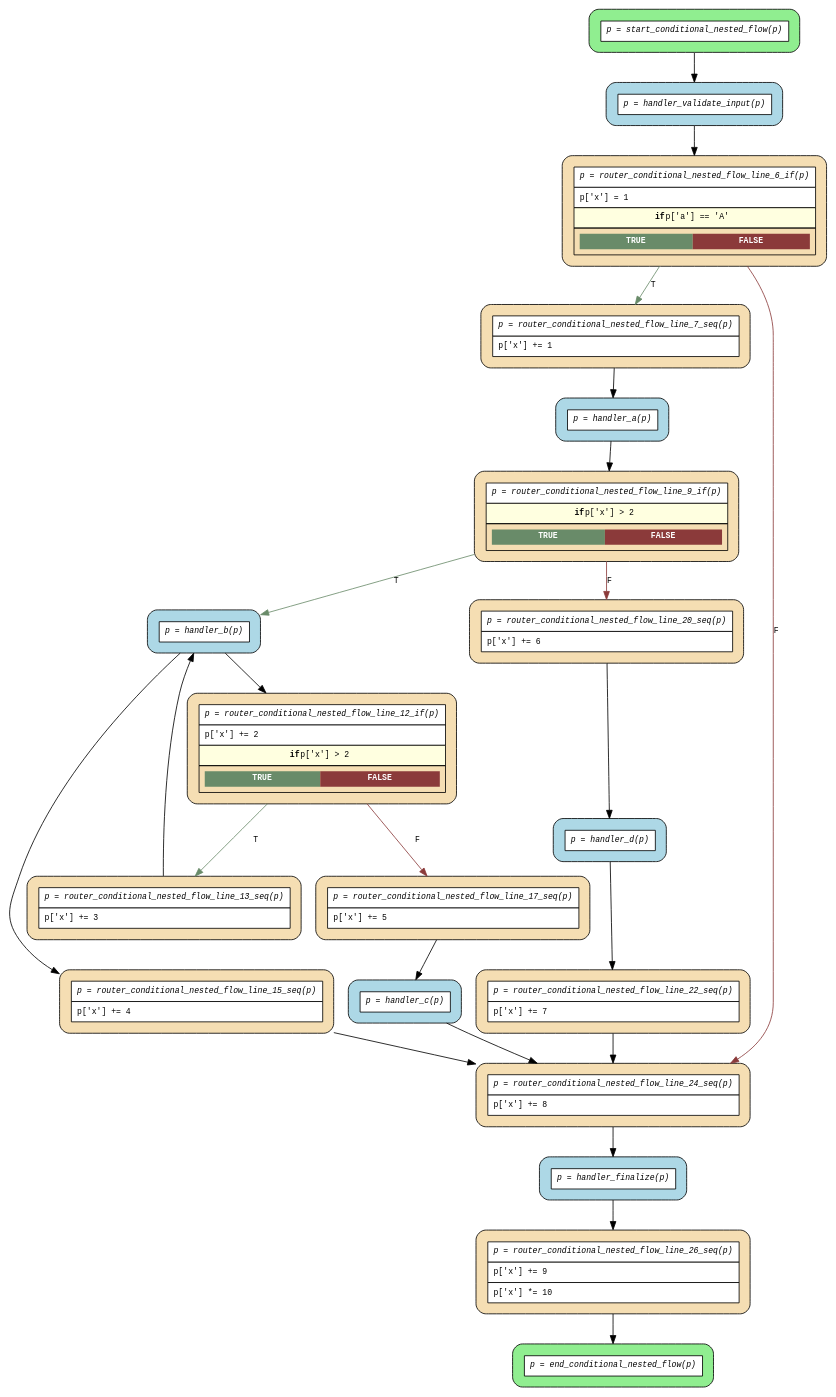
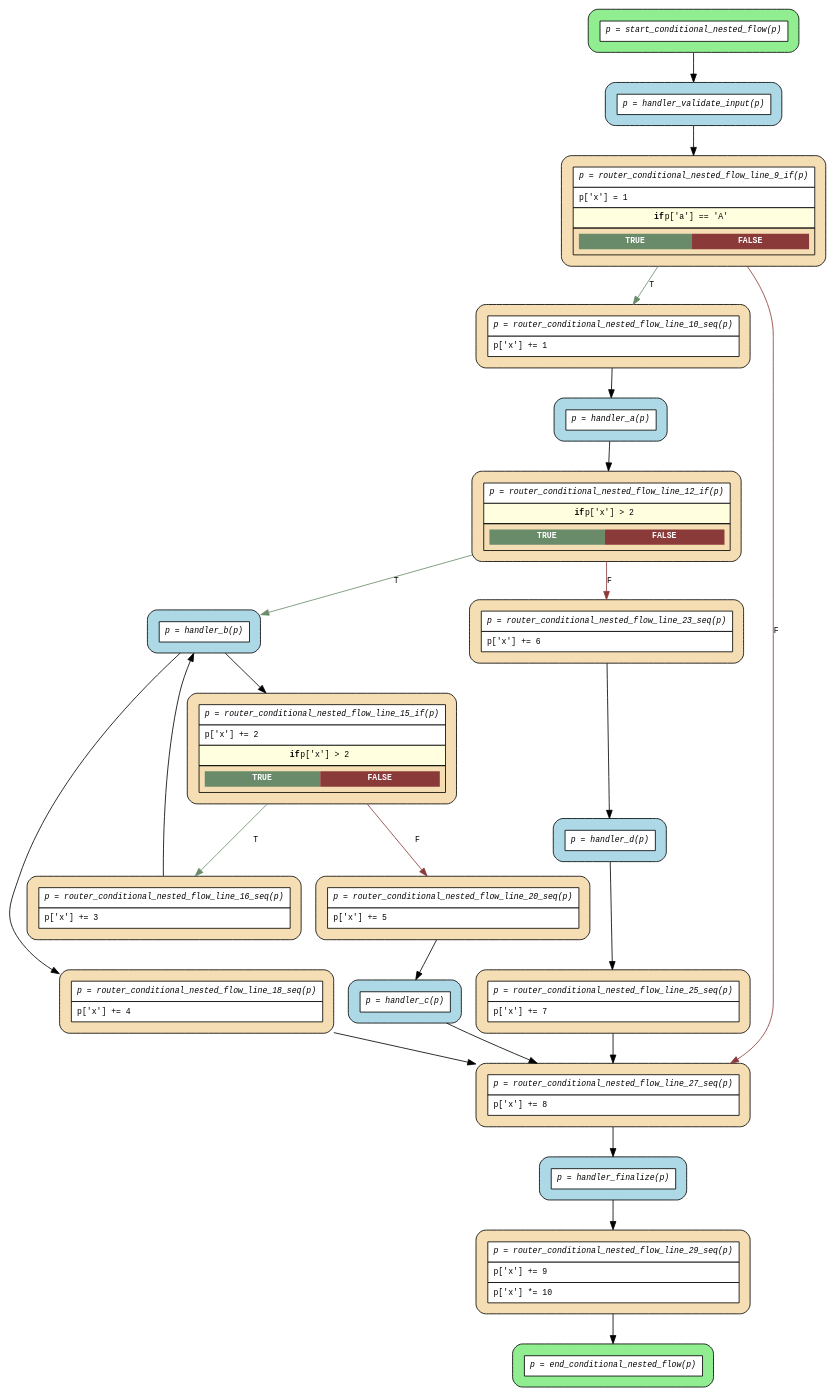
The diagram in examples/flows/compiled/if_nested/flow.dot (deliveryhero/asya), drawn with Graphviz before and after one commit. The commit also changed 252 other files, not shown here.

First line of the commit message:
fix(flow): add @flow decorator requirement to flow entry points

```diff
--- a/examples/flows/compiled/if_nested/flow.dot
+++ b/examples/flows/compiled/if_nested/flow.dot
@@ -5,17 +5,17 @@
   edge [fontname="Courier", fontsize=10];
 
   start_conditional_nested_flow [fillcolor="lightgreen", group="main", label=<<table border="0" cellspacing="0" cellpadding="6" cellborder="1"><tr><td bgcolor="white" align="center"><i>p = start_conditional_nested_flow(p)</i></td></tr></table>>];
-  router_conditional_nested_flow_line_15_seq [fillcolor="wheat", group="main", label=<<table border="0" cellspacing="0" cellpadding="6" cellborder="1"><tr><td bgcolor="white" align="center"><i>p = router_conditional_nested_flow_line_15_seq(p)</i></td></tr><tr><td bgcolor="white" align="left">p['x'] += 4</td></tr></table>>];
-  router_conditional_nested_flow_line_13_seq [fillcolor="wheat", group="main", label=<<table border="0" cellspacing="0" cellpadding="6" cellborder="1"><tr><td bgcolor="white" align="center"><i>p = router_conditional_nested_flow_line_13_seq(p)</i></td></tr><tr><td bgcolor="white" align="left">p['x'] += 3</td></tr></table>>];
-  router_conditional_nested_flow_line_17_seq [fillcolor="wheat", group="main", label=<<table border="0" cellspacing="0" cellpadding="6" cellborder="1"><tr><td bgcolor="white" align="center"><i>p = router_conditional_nested_flow_line_17_seq(p)</i></td></tr><tr><td bgcolor="white" align="left">p['x'] += 5</td></tr></table>>];
-  router_conditional_nested_flow_line_12_if [fillcolor="wheat", group="main", label=<<table border="0" cellspacing="0" cellpadding="6" cellborder="1"><tr><td bgcolor="white" align="center"><i>p = router_conditional_nested_flow_line_12_if(p)</i></td></tr><tr><td bgcolor="white" align="left">p['x'] += 2</td></tr><tr><td bgcolor="lightyellow"><b>if</b> p['x'] &gt; 2</td></tr><tr><td><table border="0" cellspacing="0" cellpadding="4"><tr><td bgcolor="darkseagreen4"><font color="white"><b>TRUE</b></font></td><td bgcolor="indianred4"><font color="white"><b>FALSE</b></font></td></tr></table></td></tr></table>>];
-  router_conditional_nested_flow_line_22_seq [fillcolor="wheat", group="main", label=<<table border="0" cellspacing="0" cellpadding="6" cellborder="1"><tr><td bgcolor="white" align="center"><i>p = router_conditional_nested_flow_line_22_seq(p)</i></td></tr><tr><td bgcolor="white" align="left">p['x'] += 7</td></tr></table>>];
-  router_conditional_nested_flow_line_20_seq [fillcolor="wheat", group="main", label=<<table border="0" cellspacing="0" cellpadding="6" cellborder="1"><tr><td bgcolor="white" align="center"><i>p = router_conditional_nested_flow_line_20_seq(p)</i></td></tr><tr><td bgcolor="white" align="left">p['x'] += 6</td></tr></table>>];
-  router_conditional_nested_flow_line_9_if [fillcolor="wheat", group="main", label=<<table border="0" cellspacing="0" cellpadding="6" cellborder="1"><tr><td bgcolor="white" align="center"><i>p = router_conditional_nested_flow_line_9_if(p)</i></td></tr><tr><td bgcolor="lightyellow"><b>if</b> p['x'] &gt; 2</td></tr><tr><td><table border="0" cellspacing="0" cellpadding="4"><tr><td bgcolor="darkseagreen4"><font color="white"><b>TRUE</b></font></td><td bgcolor="indianred4"><font color="white"><b>FALSE</b></font></td></tr></table></td></tr></table>>];
-  router_conditional_nested_flow_line_7_seq [fillcolor="wheat", group="main", label=<<table border="0" cellspacing="0" cellpadding="6" cellborder="1"><tr><td bgcolor="white" align="center"><i>p = router_conditional_nested_flow_line_7_seq(p)</i></td></tr><tr><td bgcolor="white" align="left">p['x'] += 1</td></tr></table>>];
-  router_conditional_nested_flow_line_26_seq [fillcolor="wheat", group="main", label=<<table border="0" cellspacing="0" cellpadding="6" cellborder="1"><tr><td bgcolor="white" align="center"><i>p = router_conditional_nested_flow_line_26_seq(p)</i></td></tr><tr><td bgcolor="white" align="left">p['x'] += 9</td></tr><tr><td bgcolor="white" align="left">p['x'] *= 10</td></tr></table>>];
-  router_conditional_nested_flow_line_24_seq [fillcolor="wheat", group="main", label=<<table border="0" cellspacing="0" cellpadding="6" cellborder="1"><tr><td bgcolor="white" align="center"><i>p = router_conditional_nested_flow_line_24_seq(p)</i></td></tr><tr><td bgcolor="white" align="left">p['x'] += 8</td></tr></table>>];
-  router_conditional_nested_flow_line_6_if [fillcolor="wheat", group="main", label=<<table border="0" cellspacing="0" cellpadding="6" cellborder="1"><tr><td bgcolor="white" align="center"><i>p = router_conditional_nested_flow_line_6_if(p)</i></td></tr><tr><td bgcolor="white" align="left">p['x'] = 1</td></tr><tr><td bgcolor="lightyellow"><b>if</b> p['a'] == 'A'</td></tr><tr><td><table border="0" cellspacing="0" cellpadding="4"><tr><td bgcolor="darkseagreen4"><font color="white"><b>TRUE</b></font></td><td bgcolor="indianred4"><font color="white"><b>FALSE</b></font></td></tr></table></td></tr></table>>];
+  router_conditional_nested_flow_line_18_seq [fillcolor="wheat", group="main", label=<<table border="0" cellspacing="0" cellpadding="6" cellborder="1"><tr><td bgcolor="white" align="center"><i>p = router_conditional_nested_flow_line_18_seq(p)</i></td></tr><tr><td bgcolor="white" align="left">p['x'] += 4</td></tr></table>>];
+  router_conditional_nested_flow_line_16_seq [fillcolor="wheat", group="main", label=<<table border="0" cellspacing="0" cellpadding="6" cellborder="1"><tr><td bgcolor="white" align="center"><i>p = router_conditional_nested_flow_line_16_seq(p)</i></td></tr><tr><td bgcolor="white" align="left">p['x'] += 3</td></tr></table>>];
+  router_conditional_nested_flow_line_20_seq [fillcolor="wheat", group="main", label=<<table border="0" cellspacing="0" cellpadding="6" cellborder="1"><tr><td bgcolor="white" align="center"><i>p = router_conditional_nested_flow_line_20_seq(p)</i></td></tr><tr><td bgcolor="white" align="left">p['x'] += 5</td></tr></table>>];
+  router_conditional_nested_flow_line_15_if [fillcolor="wheat", group="main", label=<<table border="0" cellspacing="0" cellpadding="6" cellborder="1"><tr><td bgcolor="white" align="center"><i>p = router_conditional_nested_flow_line_15_if(p)</i></td></tr><tr><td bgcolor="white" align="left">p['x'] += 2</td></tr><tr><td bgcolor="lightyellow"><b>if</b> p['x'] &gt; 2</td></tr><tr><td><table border="0" cellspacing="0" cellpadding="4"><tr><td bgcolor="darkseagreen4"><font color="white"><b>TRUE</b></font></td><td bgcolor="indianred4"><font color="white"><b>FALSE</b></font></td></tr></table></td></tr></table>>];
+  router_conditional_nested_flow_line_25_seq [fillcolor="wheat", group="main", label=<<table border="0" cellspacing="0" cellpadding="6" cellborder="1"><tr><td bgcolor="white" align="center"><i>p = router_conditional_nested_flow_line_25_seq(p)</i></td></tr><tr><td bgcolor="white" align="left">p['x'] += 7</td></tr></table>>];
+  router_conditional_nested_flow_line_23_seq [fillcolor="wheat", group="main", label=<<table border="0" cellspacing="0" cellpadding="6" cellborder="1"><tr><td bgcolor="white" align="center"><i>p = router_conditional_nested_flow_line_23_seq(p)</i></td></tr><tr><td bgcolor="white" align="left">p['x'] += 6</td></tr></table>>];
+  router_conditional_nested_flow_line_12_if [fillcolor="wheat", group="main", label=<<table border="0" cellspacing="0" cellpadding="6" cellborder="1"><tr><td bgcolor="white" align="center"><i>p = router_conditional_nested_flow_line_12_if(p)</i></td></tr><tr><td bgcolor="lightyellow"><b>if</b> p['x'] &gt; 2</td></tr><tr><td><table border="0" cellspacing="0" cellpadding="4"><tr><td bgcolor="darkseagreen4"><font color="white"><b>TRUE</b></font></td><td bgcolor="indianred4"><font color="white"><b>FALSE</b></font></td></tr></table></td></tr></table>>];
+  router_conditional_nested_flow_line_10_seq [fillcolor="wheat", group="main", label=<<table border="0" cellspacing="0" cellpadding="6" cellborder="1"><tr><td bgcolor="white" align="center"><i>p = router_conditional_nested_flow_line_10_seq(p)</i></td></tr><tr><td bgcolor="white" align="left">p['x'] += 1</td></tr></table>>];
+  router_conditional_nested_flow_line_29_seq [fillcolor="wheat", group="main", label=<<table border="0" cellspacing="0" cellpadding="6" cellborder="1"><tr><td bgcolor="white" align="center"><i>p = router_conditional_nested_flow_line_29_seq(p)</i></td></tr><tr><td bgcolor="white" align="left">p['x'] += 9</td></tr><tr><td bgcolor="white" align="left">p['x'] *= 10</td></tr></table>>];
+  router_conditional_nested_flow_line_27_seq [fillcolor="wheat", group="main", label=<<table border="0" cellspacing="0" cellpadding="6" cellborder="1"><tr><td bgcolor="white" align="center"><i>p = router_conditional_nested_flow_line_27_seq(p)</i></td></tr><tr><td bgcolor="white" align="left">p['x'] += 8</td></tr></table>>];
+  router_conditional_nested_flow_line_9_if [fillcolor="wheat", group="main", label=<<table border="0" cellspacing="0" cellpadding="6" cellborder="1"><tr><td bgcolor="white" align="center"><i>p = router_conditional_nested_flow_line_9_if(p)</i></td></tr><tr><td bgcolor="white" align="left">p['x'] = 1</td></tr><tr><td bgcolor="lightyellow"><b>if</b> p['a'] == 'A'</td></tr><tr><td><table border="0" cellspacing="0" cellpadding="4"><tr><td bgcolor="darkseagreen4"><font color="white"><b>TRUE</b></font></td><td bgcolor="indianred4"><font color="white"><b>FALSE</b></font></td></tr></table></td></tr></table>>];
   end_conditional_nested_flow [fillcolor="lightgreen", group="main", label=<<table border="0" cellspacing="0" cellpadding="6" cellborder="1"><tr><td bgcolor="white" align="center"><i>p = end_conditional_nested_flow(p)</i></td></tr></table>>];
   handler_a [fillcolor="lightblue", label=<<table border="0" cellspacing="0" cellpadding="6" cellborder="1"><tr><td bgcolor="white" align="center"><i>p = handler_a(p)</i></td></tr></table>>];
   handler_b [fillcolor="lightblue", label=<<table border="0" cellspacing="0" cellpadding="6" cellborder="1"><tr><td bgcolor="white" align="center"><i>p = handler_b(p)</i></td></tr></table>>];
@@ -24,26 +24,26 @@
   handler_finalize [fillcolor="lightblue", label=<<table border="0" cellspacing="0" cellpadding="6" cellborder="1"><tr><td bgcolor="white" align="center"><i>p = handler_finalize(p)</i></td></tr></table>>];
   handler_validate_input [fillcolor="lightblue", label=<<table border="0" cellspacing="0" cellpadding="6" cellborder="1"><tr><td bgcolor="white" align="center"><i>p = handler_validate_input(p)</i></td></tr></table>>];
 
-  handler_a -> router_conditional_nested_flow_line_9_if;
-  handler_b -> router_conditional_nested_flow_line_12_if;
-  handler_b -> router_conditional_nested_flow_line_15_seq;
-  handler_c -> router_conditional_nested_flow_line_24_seq;
-  handler_d -> router_conditional_nested_flow_line_22_seq;
-  handler_finalize -> router_conditional_nested_flow_line_26_seq;
-  handler_validate_input -> router_conditional_nested_flow_line_6_if;
-  router_conditional_nested_flow_line_12_if -> router_conditional_nested_flow_line_13_seq [label="T", color=darkseagreen4];
-  router_conditional_nested_flow_line_12_if -> router_conditional_nested_flow_line_17_seq [label="F", color=indianred4];
-  router_conditional_nested_flow_line_13_seq -> handler_b;
-  router_conditional_nested_flow_line_15_seq -> router_conditional_nested_flow_line_24_seq;
-  router_conditional_nested_flow_line_17_seq -> handler_c;
-  router_conditional_nested_flow_line_20_seq -> handler_d;
-  router_conditional_nested_flow_line_22_seq -> router_conditional_nested_flow_line_24_seq;
-  router_conditional_nested_flow_line_24_seq -> handler_finalize;
-  router_conditional_nested_flow_line_26_seq -> end_conditional_nested_flow;
-  router_conditional_nested_flow_line_6_if -> router_conditional_nested_flow_line_24_seq [label="F", color=indianred4];
-  router_conditional_nested_flow_line_6_if -> router_conditional_nested_flow_line_7_seq [label="T", color=darkseagreen4];
-  router_conditional_nested_flow_line_7_seq -> handler_a;
-  router_conditional_nested_flow_line_9_if -> handler_b [label="T", color=darkseagreen4];
-  router_conditional_nested_flow_line_9_if -> router_conditional_nested_flow_line_20_seq [label="F", color=indianred4];
+  handler_a -> router_conditional_nested_flow_line_12_if;
+  handler_b -> router_conditional_nested_flow_line_15_if;
+  handler_b -> router_conditional_nested_flow_line_18_seq;
+  handler_c -> router_conditional_nested_flow_line_27_seq;
+  handler_d -> router_conditional_nested_flow_line_25_seq;
+  handler_finalize -> router_conditional_nested_flow_line_29_seq;
+  handler_validate_input -> router_conditional_nested_flow_line_9_if;
+  router_conditional_nested_flow_line_10_seq -> handler_a;
+  router_conditional_nested_flow_line_12_if -> handler_b [label="T", color=darkseagreen4];
+  router_conditional_nested_flow_line_12_if -> router_conditional_nested_flow_line_23_seq [label="F", color=indianred4];
+  router_conditional_nested_flow_line_15_if -> router_conditional_nested_flow_line_16_seq [label="T", color=darkseagreen4];
+  router_conditional_nested_flow_line_15_if -> router_conditional_nested_flow_line_20_seq [label="F", color=indianred4];
+  router_conditional_nested_flow_line_16_seq -> handler_b;
+  router_conditional_nested_flow_line_18_seq -> router_conditional_nested_flow_line_27_seq;
+  router_conditional_nested_flow_line_20_seq -> handler_c;
+  router_conditional_nested_flow_line_23_seq -> handler_d;
+  router_conditional_nested_flow_line_25_seq -> router_conditional_nested_flow_line_27_seq;
+  router_conditional_nested_flow_line_27_seq -> handler_finalize;
+  router_conditional_nested_flow_line_29_seq -> end_conditional_nested_flow;
+  router_conditional_nested_flow_line_9_if -> router_conditional_nested_flow_line_10_seq [label="T", color=darkseagreen4];
+  router_conditional_nested_flow_line_9_if -> router_conditional_nested_flow_line_27_seq [label="F", color=indianred4];
   start_conditional_nested_flow -> handler_validate_input;
 }
```
